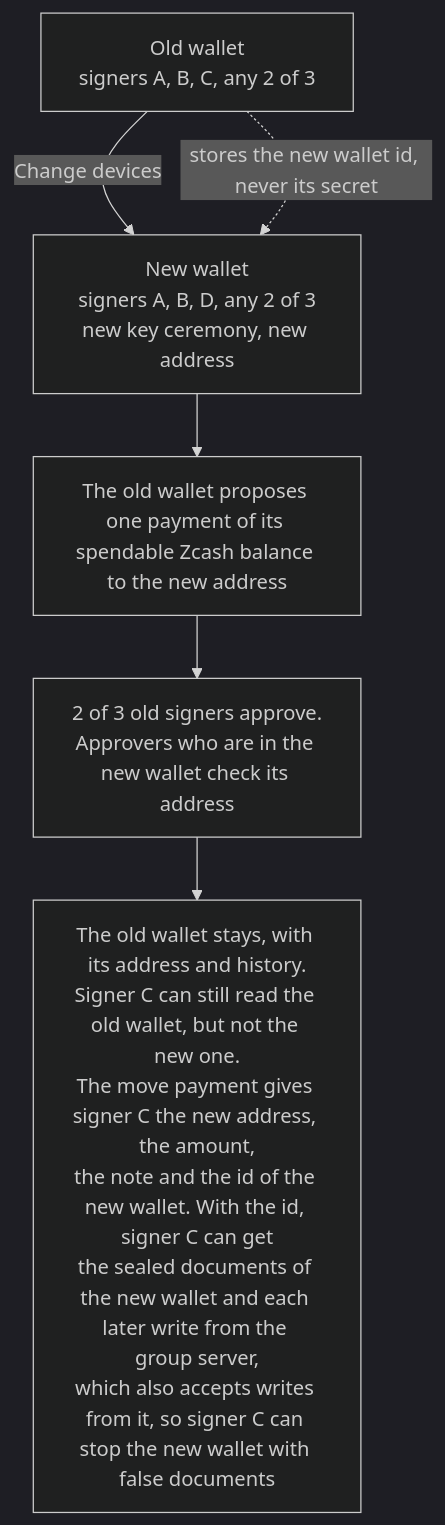
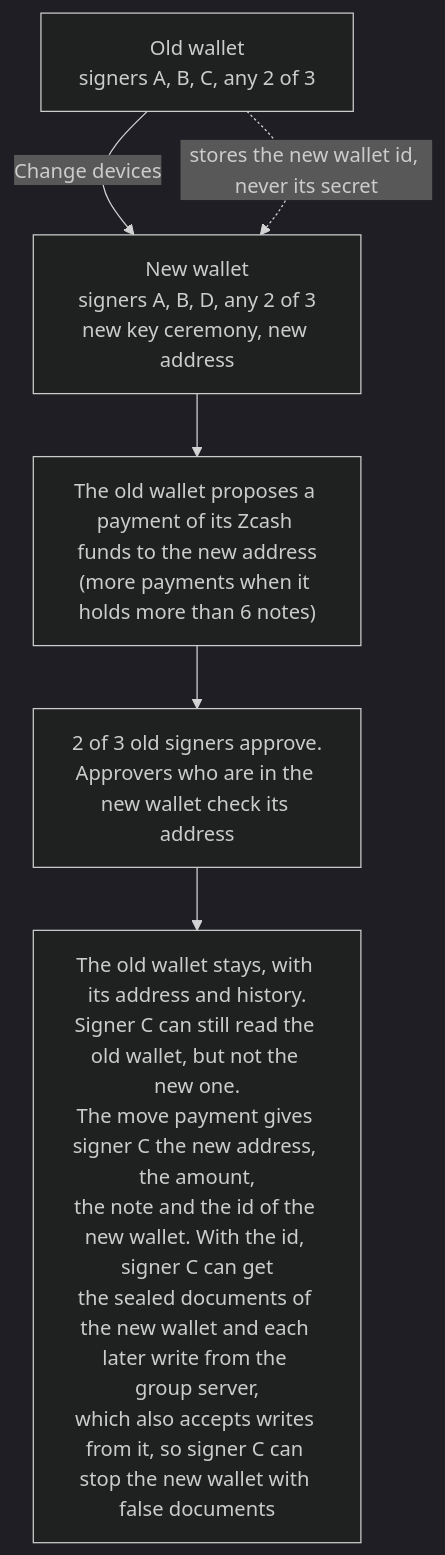
Before and after one commit to usezigs/zigs-wallet-near: the fourth of 4 diagrams in PROTOCOL.md, drawn with Mermaid (dark theme). The commit also changed other lines of this file and 16 other files, not shown here.

````diff
--- a/PROTOCOL.md
+++ b/PROTOCOL.md
@@ -564,8 +568,8 @@
 ```mermaid
 flowchart TD
   OLD["Old wallet<br/>signers A, B, C, any 2 of 3"] -->|Change devices| NEW["New wallet<br/>signers A, B, D, any 2 of 3<br/>new key ceremony, new address"]
   OLD -.->|stores the new wallet id, never its secret| NEW
-  NEW --> PAY["The old wallet proposes one payment of its spendable Zcash balance to the new address"]
+  NEW --> PAY["The old wallet proposes a payment of its Zcash funds to the new address<br/>(more payments when it holds more than 6 notes)"]
   PAY --> OK["2 of 3 old signers approve.<br/>Approvers who are in the new wallet check its address"]
   OK --> STAY["The old wallet stays, with its address and history.<br/>Signer C can still read the old wallet, but not the new one.<br/>The move payment gives signer C the new address, the amount,<br/>the note and the id of the new wallet. With the id, signer C can get<br/>the sealed documents of the new wallet and each later write from the group server,<br/>which also accepts writes from it, so signer C can stop the new wallet with false documents"]
 ```
````
